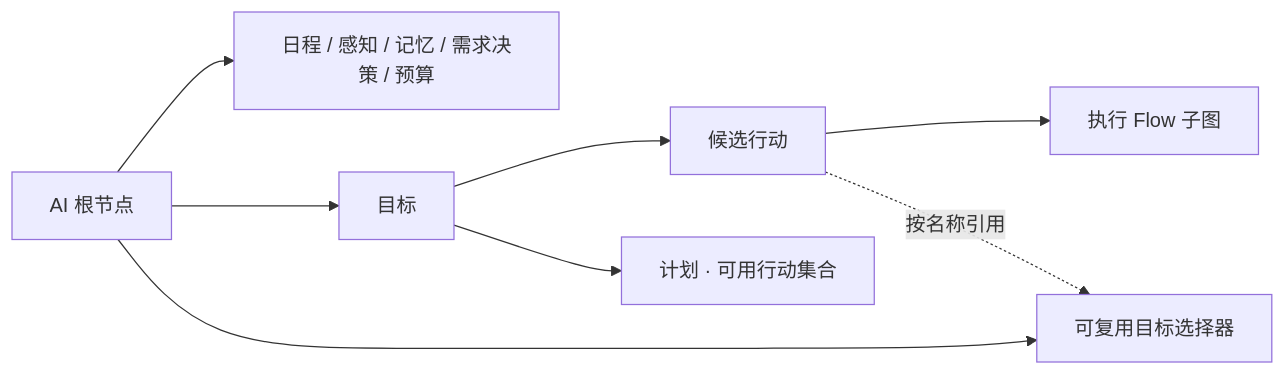
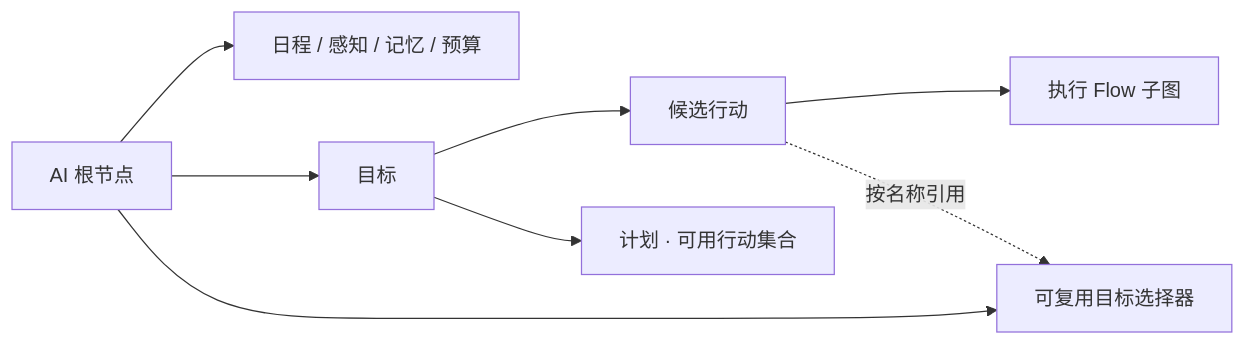
The diagram in scripts/gamelogic/ai/NPC_GRAPH_GUIDE.md (yuluotian123/yu), drawn with Mermaid before and after one commit. The commit also changed other lines of this file and 1615 other files, not shown here.

````diff
--- a/scripts/gamelogic/ai/NPC_GRAPH_GUIDE.md
+++ b/scripts/gamelogic/ai/NPC_GRAPH_GUIDE.md
@@ -22,10 +24,10 @@
 ```mermaid
 flowchart LR
-    R[AI 根节点] --> M[日程 / 感知 / 记忆 / 需求决策 / 预算]
+    R[AI 根节点] --> M[日程 / 感知 / 记忆 / 预算]
     R --> G[目标]
     R --> S[可复用目标选择器]
     G --> A[候选行动]
     G --> P[计划 · 可用行动集合]
     A --> E[执行 Flow 子图]
     A -. 按名称引用 .-> S
 ```
````
